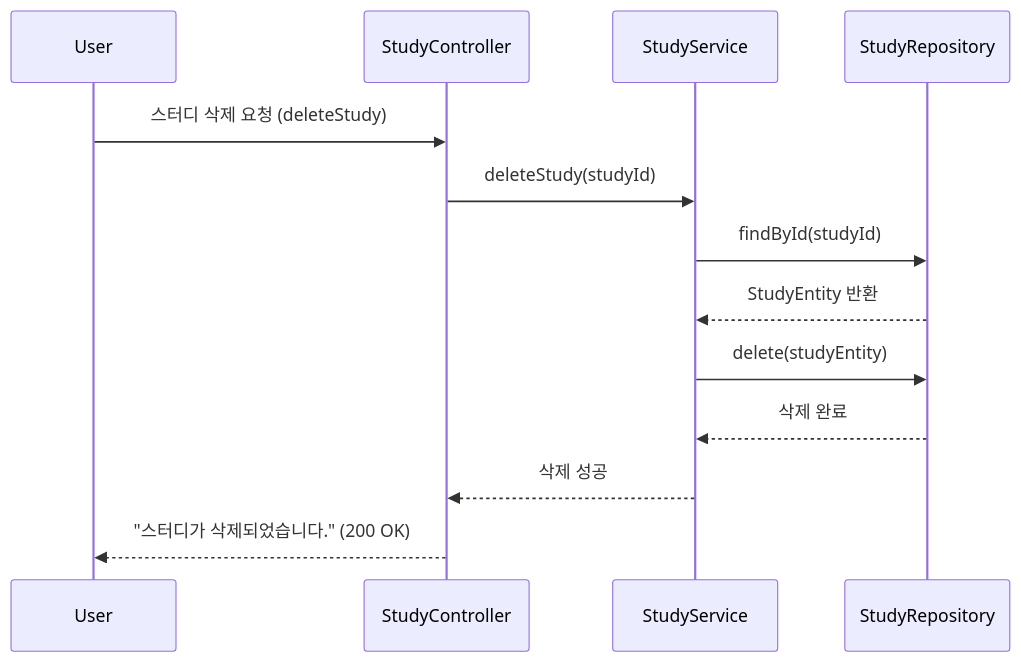
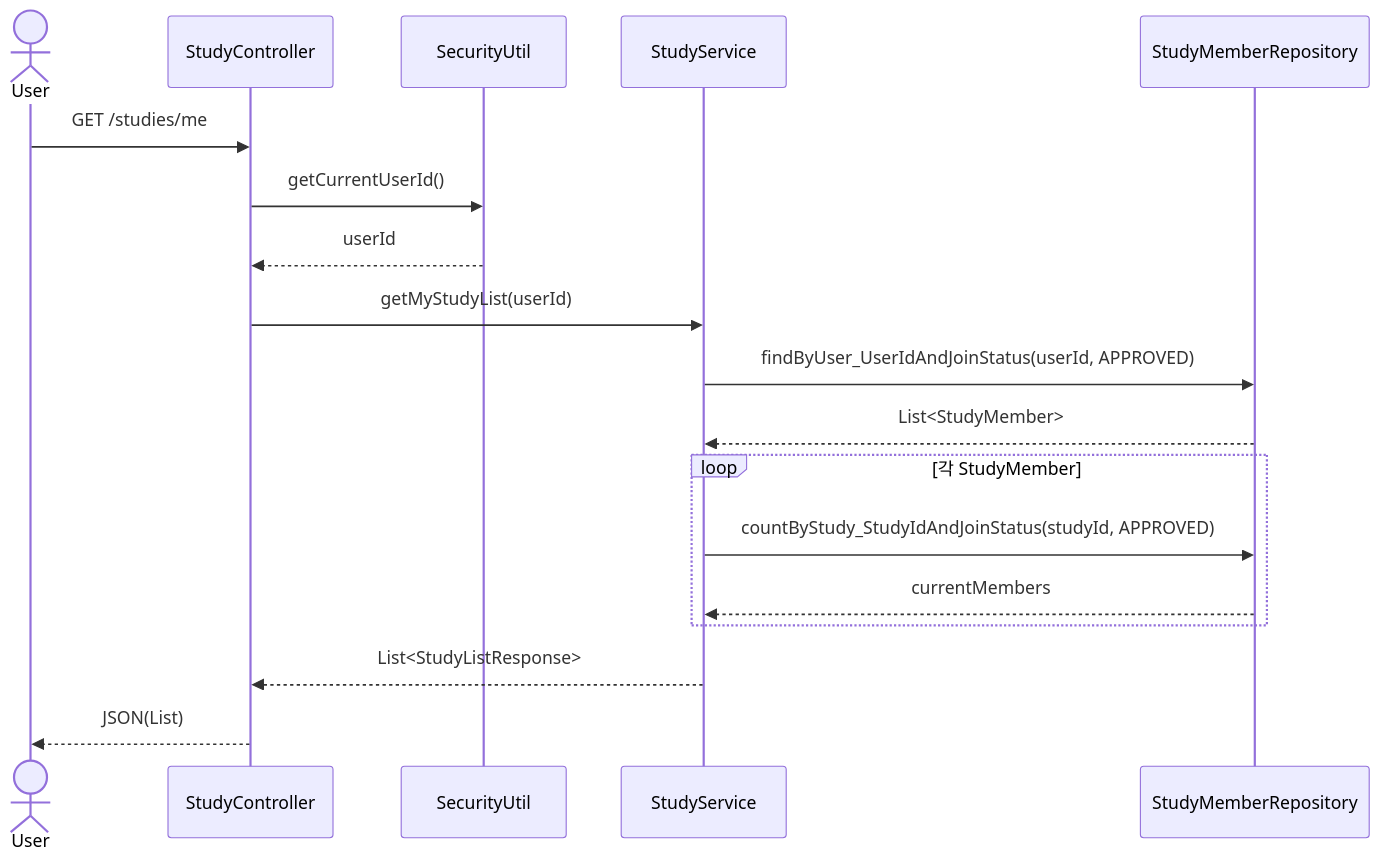
Before and after one commit to OHWCH/se_dev: diagram 15 of 47 in SDS_[깃라잡이].md, drawn with Mermaid. The commit also changed other lines of this file, not shown here.

Commit message:
스터디 시퀀스 다이어그램

````diff
--- a/SDS_[깃라잡이].md
+++ b/SDS_[깃라잡이].md
@@ -4954,17 +4962,20 @@
 ```mermaid
 sequenceDiagram
-    participant User
-    participant StudyController
-    participant StudyService
-    participant StudyRepository
+    actor User
+    User ->> StudyController: GET /studies/me
+    StudyController ->> SecurityUtil: getCurrentUserId()
+    SecurityUtil -->> StudyController: userId
 
-    User->>StudyController: 스터디 삭제 요청 (deleteStudy)
-    StudyController->>StudyService: deleteStudy(studyId)
-    StudyService->>StudyRepository: findById(studyId)
-    StudyRepository-->>StudyService: StudyEntity 반환
-    StudyService->>StudyRepository: delete(studyEntity)
-    StudyRepository-->>StudyService: 삭제 완료
-    StudyService-->>StudyController: 삭제 성공
-    StudyController-->>User: "스터디가 삭제되었습니다." (200 OK)
+    StudyController ->> StudyService: getMyStudyList(userId)
+    StudyService ->> StudyMemberRepository: findByUser_UserIdAndJoinStatus(userId, APPROVED)
+    StudyMemberRepository -->> StudyService: List<StudyMember>
+
+    loop 각 StudyMember
+        StudyService ->> StudyMemberRepository: countByStudy_StudyIdAndJoinStatus(studyId, APPROVED)
+        StudyMemberRepository -->> StudyService: currentMembers
+    end
+
+    StudyService -->> StudyController: List<StudyListResponse>
+    StudyController -->> User: JSON(List)
 
 ```
````
